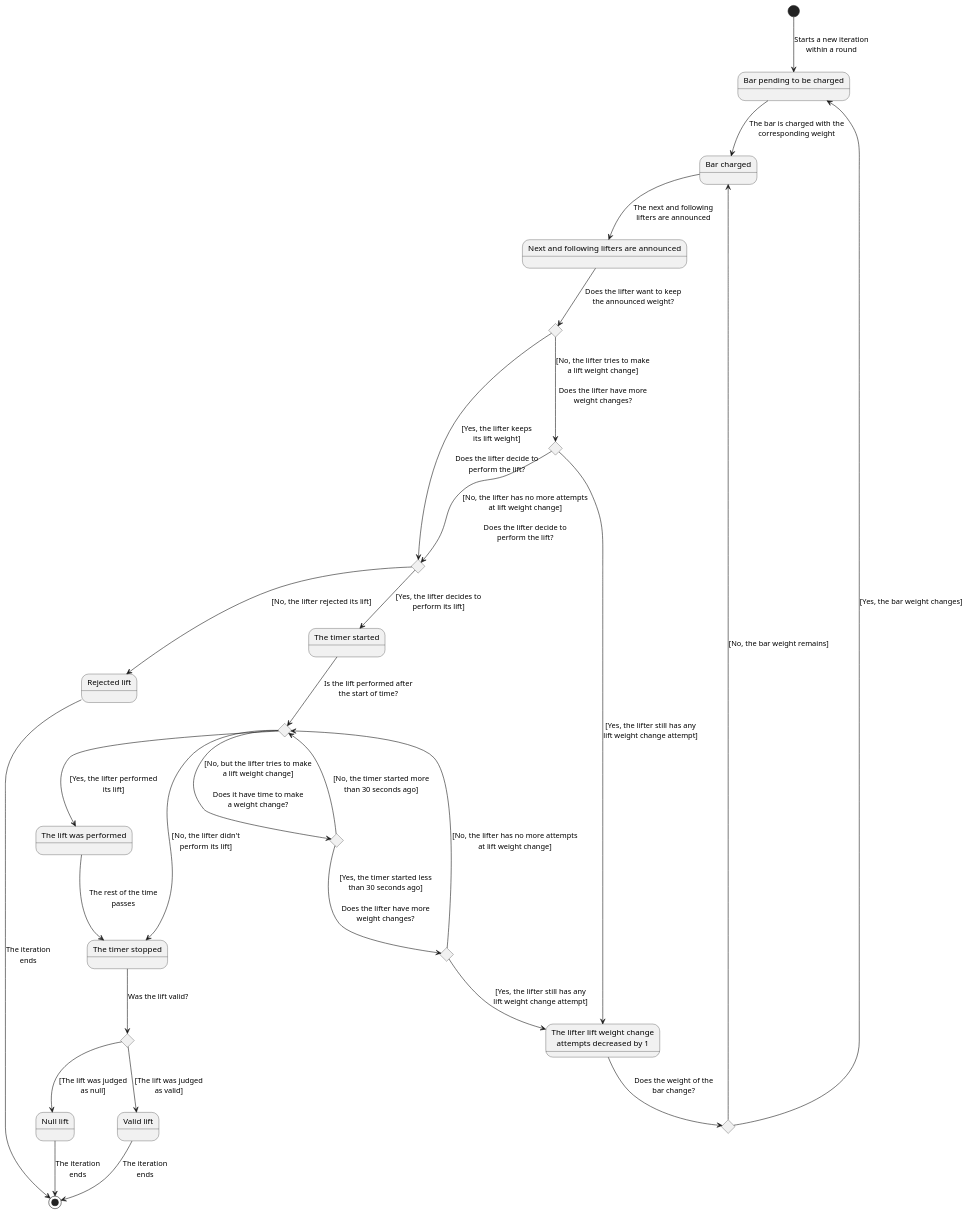
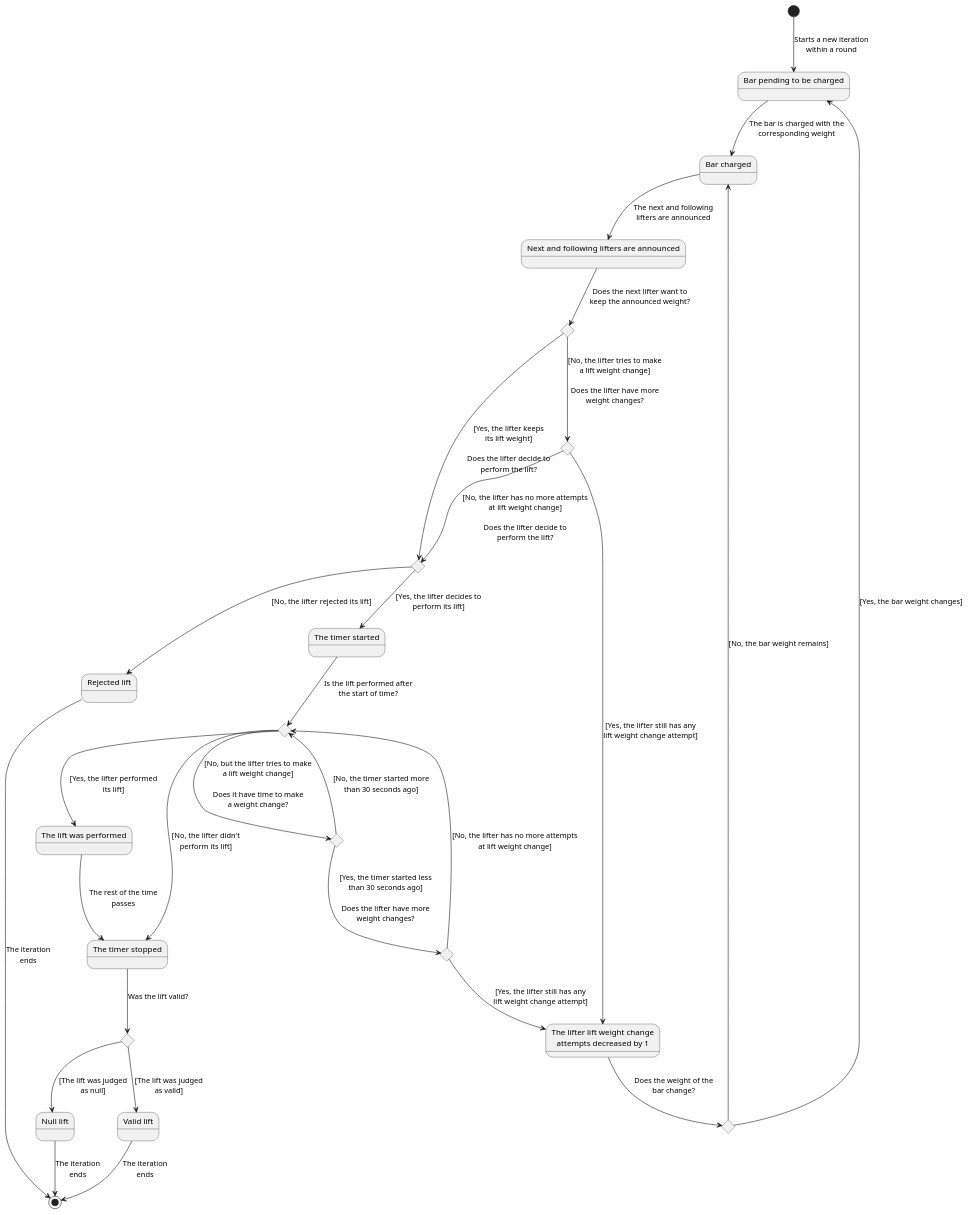
Before and after one commit to zuldare/mastercloud_pfm_halterocms: the diagram in diagrams/states/3-iterationStates.puml, drawn with PlantUML.

Commit message:
Fix a transition description

```diff
--- a/diagrams/states/3-iterationStates.puml
+++ b/diagrams/states/3-iterationStates.puml
@@ -1,88 +1,88 @@
 @startuml
 
 ''''''''''''''''''''''''''''''
 ''
 '' STATES AND CHOICES
 '' '' ''
 
 state "Bar pending to be charged" as BarPendingToBeCharged
 state "Bar charged" as ChargedBar 
 state "Next and following lifters are announced" as NextAndFollowingLiftersAnnounced
 
 state "Was there a change in the lift weight?" as ChangeInLiftWeightCHC <<choice>>
 state "Does the lifter have any lift weight change attempt?" as AnyChangeAttemptCHC <<choice>>
 
 state "The lifter lift weight change\nattempts decreased by 1" as AttemptsDecreased
 state "Does the bar weight remain?" as BarWeightRemainsCHC <<choice>>
 state "Does the lifter decide to perform its lift?" as IsLiftGoingToBeRejectedCHC <<choice>>
 
 state "The timer started" as TimerStarted
 state "Did the lifter perform its lift?" as WasLiftPerformedCHC <<choice>>
 state "Was there a change in the lift weight?" as ChangeInLiftWeightAfterTimerCHC <<choice>>
 state "Does the lifter have any lift weight change attempt?" as AnyChangeAttemptAfterTimerCHC <<choice>>
 
 state "The lift was performed" as LiftWasPerformed
 state "The timer stopped" as TimerStopped
 state "Rejected lift" as RejectedLift
 
 state "Was the lift valid?" as WasLiftValidCHC <<choice>>
 state "Valid lift" as ValidLift
 state "Null lift" as NullLift
 
 ''''''''''''''''''''''''''''''
 ''
 '' TRANSITIONS
 ''
 
 [*] --> BarPendingToBeCharged : Starts a new iteration\nwithin a round
 
 BarPendingToBeCharged --> ChargedBar : The bar is charged with the\ncorresponding weight
 ChargedBar --> NextAndFollowingLiftersAnnounced : The next and following\nlifters are announced
 
 ''
 '' When lifters are announced:
 ''
 
-NextAndFollowingLiftersAnnounced --> ChangeInLiftWeightCHC : Does the lifter want to keep\nthe announced weight?
+NextAndFollowingLiftersAnnounced --> ChangeInLiftWeightCHC : Does the next lifter want to\nkeep the announced weight?
 ChangeInLiftWeightCHC --> AnyChangeAttemptCHC : [No, the lifter tries to make\na lift weight change]\n\nDoes the lifter have more\nweight changes?
 AnyChangeAttemptCHC --> IsLiftGoingToBeRejectedCHC : [No, the lifter has no more attempts\nat lift weight change]\n\nDoes the lifter decide to\nperform the lift?
 AnyChangeAttemptCHC --> AttemptsDecreased : [Yes, the lifter still has any\nlift weight change attempt]
 
 AttemptsDecreased --> BarWeightRemainsCHC : Does the weight of the\nbar change?
 BarWeightRemainsCHC --> ChargedBar : [No, the bar weight remains]
 BarWeightRemainsCHC --> BarPendingToBeCharged : [Yes, the bar weight changes]
 
 ChangeInLiftWeightCHC --> IsLiftGoingToBeRejectedCHC : [Yes, the lifter keeps\nits lift weight]\n\nDoes the lifter decide to\nperform the lift?
 IsLiftGoingToBeRejectedCHC --> TimerStarted : [Yes, the lifter decides to\nperform its lift]
 IsLiftGoingToBeRejectedCHC --> RejectedLift : [No, the lifter rejected its lift]
 RejectedLift --> [*] : The iteration\nends
 
 ''
 '' When timer started:
 ''
 
 TimerStarted --> WasLiftPerformedCHC : Is the lift performed after\nthe start of time?
 WasLiftPerformedCHC --> LiftWasPerformed : [Yes, the lifter performed\nits lift]
 WasLiftPerformedCHC --> TimerStopped : [No, the lifter didn't\nperform its lift]
 WasLiftPerformedCHC --> ChangeInLiftWeightAfterTimerCHC : [No, but the lifter tries to make\na lift weight change]\n\nDoes it have time to make\na weight change?
 
 ChangeInLiftWeightAfterTimerCHC --> WasLiftPerformedCHC : [No, the timer started more\nthan 30 seconds ago]
 ChangeInLiftWeightAfterTimerCHC --> AnyChangeAttemptAfterTimerCHC : [Yes, the timer started less\nthan 30 seconds ago]\n\nDoes the lifter have more\nweight changes?
 
 AnyChangeAttemptAfterTimerCHC --> WasLiftPerformedCHC : [No, the lifter has no more attempts\nat lift weight change]
 AnyChangeAttemptAfterTimerCHC --> AttemptsDecreased : [Yes, the lifter still has any\nlift weight change attempt]
 
 LiftWasPerformed --> TimerStopped : The rest of the time\npasses
 
 ''
 '' When time is over:
 ''
 
 TimerStopped --> WasLiftValidCHC : Was the lift valid?
 WasLiftValidCHC --> ValidLift : [The lift was judged\nas valid]
 WasLiftValidCHC --> NullLift : [The lift was judged\nas null]
 
 ValidLift --> [*] : The iteration\nends
 NullLift --> [*]: The iteration\nends
 
 @enduml
```
